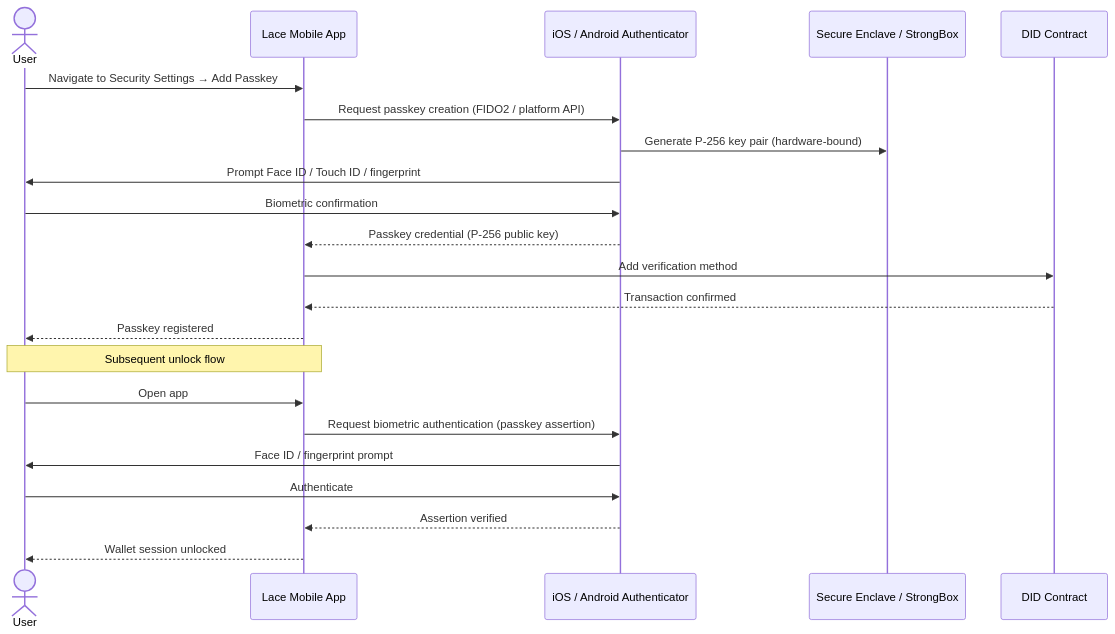
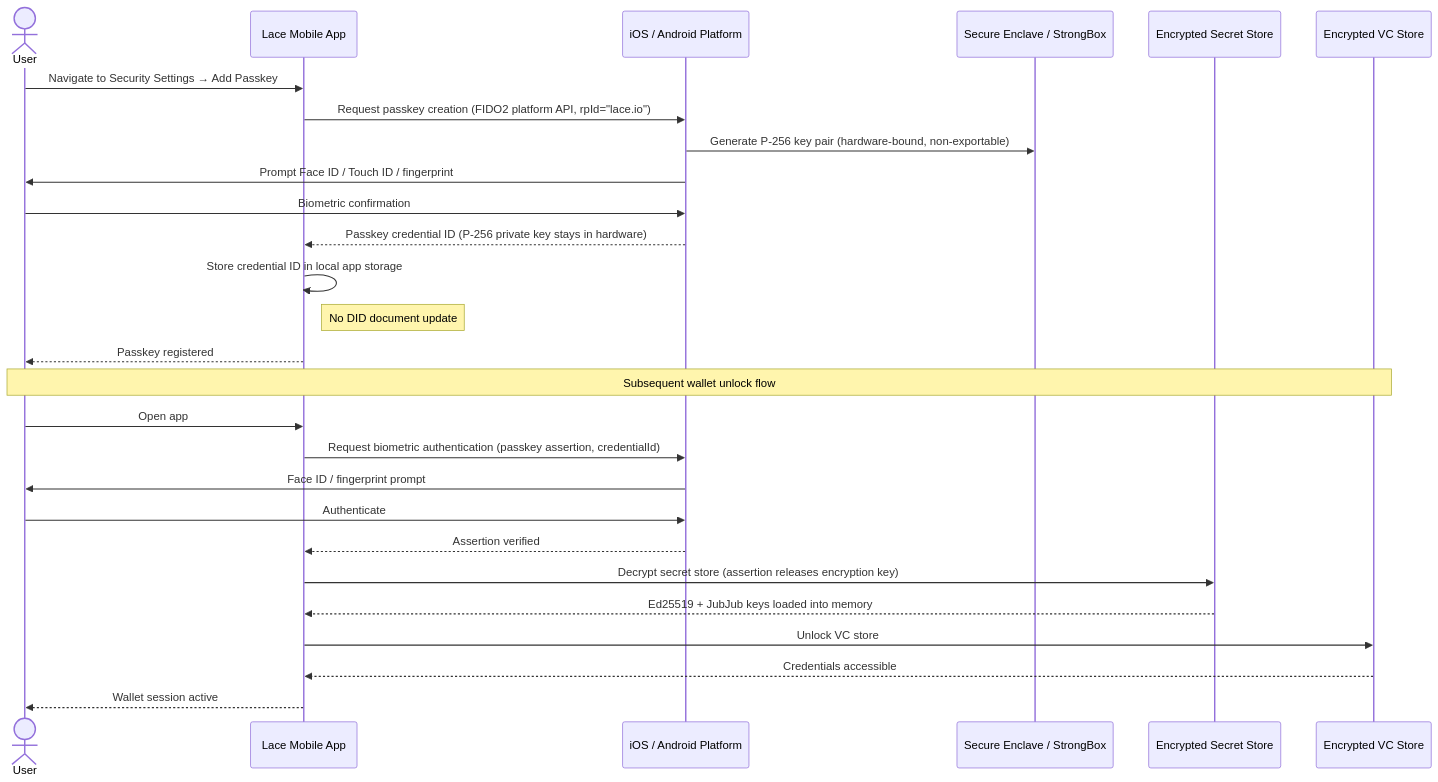
One commit to midnightntwrk/midnight-did changed the sixth of 15 diagrams in research/lace-wallet-midnight-dapp-brd-frd.md. Above: the diagram before and after it, drawn with Mermaid. The commit also changed other lines of this file, not shown here.

````diff
--- a/research/lace-wallet-midnight-dapp-brd-frd.md
+++ b/research/lace-wallet-midnight-dapp-brd-frd.md
@@ -331,26 +344,31 @@
 ```mermaid
 sequenceDiagram
     actor User
     participant App as Lace Mobile App
-    participant OS as iOS / Android Authenticator
+    participant OS as iOS / Android Platform
     participant SecureEl as Secure Enclave / StrongBox
-    participant DIDContract as DID Contract
+    participant SecretStore as Encrypted Secret Store
+    participant VCStore as Encrypted VC Store
 
     User->>App: Navigate to Security Settings → Add Passkey
-    App->>OS: Request passkey creation (FIDO2 / platform API)
-    OS->>SecureEl: Generate P-256 key pair (hardware-bound)
+    App->>OS: Request passkey creation (FIDO2 platform API, rpId="lace.io")
+    OS->>SecureEl: Generate P-256 key pair (hardware-bound, non-exportable)
     OS->>User: Prompt Face ID / Touch ID / fingerprint
     User->>OS: Biometric confirmation
-    OS-->>App: Passkey credential (P-256 public key)
-    App->>DIDContract: Add verification method #key-passkey (EC/P-256 JWK)
-    DIDContract-->>App: Transaction confirmed
+    OS-->>App: Passkey credential ID (P-256 private key stays in hardware)
+    App->>App: Store credential ID in local app storage
+    Note right of App: No DID document update
     App-->>User: Passkey registered
 
-    Note over User,App: Subsequent unlock flow
+    Note over User,VCStore: Subsequent wallet unlock flow
     User->>App: Open app
-    App->>OS: Request biometric authentication (passkey assertion)
+    App->>OS: Request biometric authentication (passkey assertion, credentialId)
     OS->>User: Face ID / fingerprint prompt
     User->>OS: Authenticate
     OS-->>App: Assertion verified
-    App-->>User: Wallet session unlocked
+    App->>SecretStore: Decrypt secret store (assertion releases encryption key)
+    SecretStore-->>App: Ed25519 + JubJub keys loaded into memory
+    App->>VCStore: Unlock VC store
+    VCStore-->>App: Credentials accessible
+    App-->>User: Wallet session active
 ```
````
